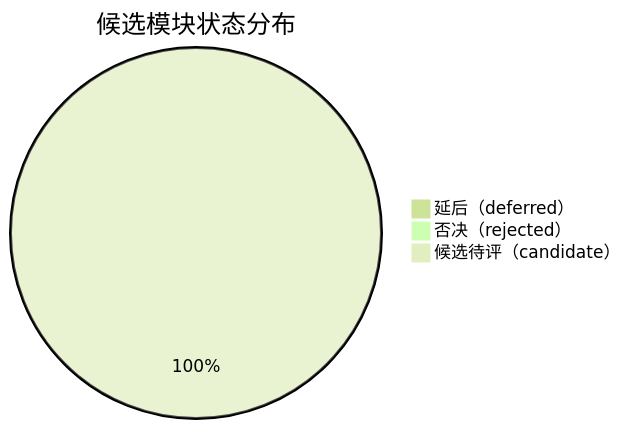
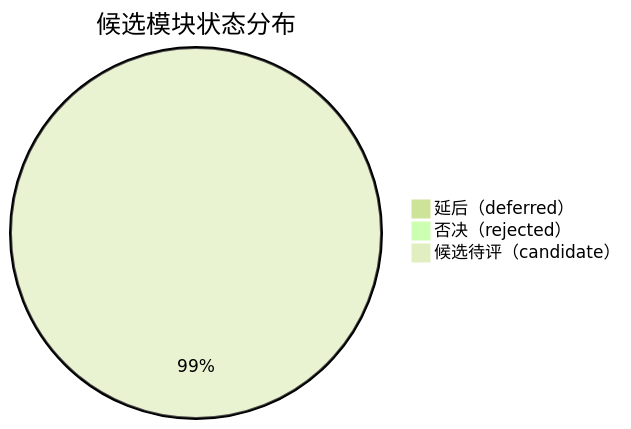
Before and after one commit to xuanFelixVan/ZephyrAlpha: the first of 2 diagrams in docs/02_enterprise_architecture/03_governance_reports/candidate_modules/index.md, drawn with Mermaid (forest theme). The commit also changed other lines of this file and 173 other files, not shown here.

````diff
--- a/docs/02_enterprise_architecture/03_governance_reports/candidate_modules/index.md
+++ b/docs/02_enterprise_architecture/03_governance_reports/candidate_modules/index.md
@@ -109,6 +110,6 @@
 ```mermaid
 pie title 候选模块状态分布
     "延后（deferred）" : 12
-    "否决（rejected）" : 5
-    "候选待评（candidate）" : 5284
+    "否决（rejected）" : 20
+    "候选待评（candidate）" : 5272
 ```
````
